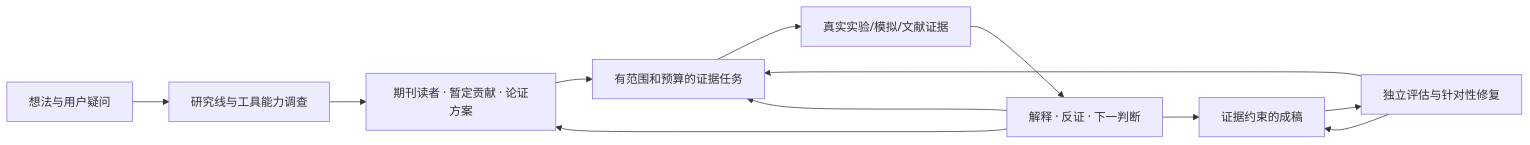
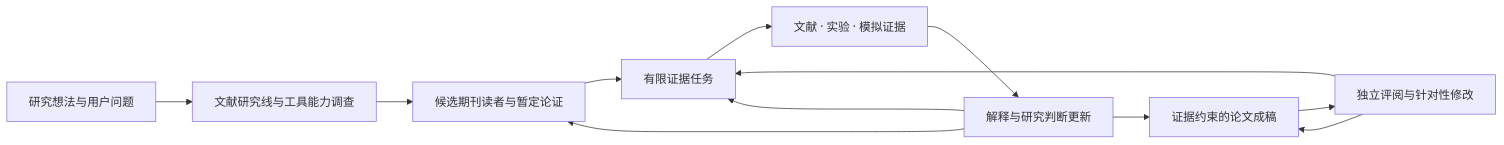
One commit to 1187124906zty-commits/research-workflow changed the diagram in README.md. Above: the diagram before and after it, drawn with Mermaid. The commit also changed other lines of this file and 9 other files, not shown here.

````diff
--- a/README.md
+++ b/README.md
@@ -66,14 +47,14 @@
 ```mermaid
 flowchart LR
- U[想法与用户疑问] --> L[研究线与工具能力调查]
- L --> P[期刊读者 · 暂定贡献 · 论证方案]
- P --> T[有范围和预算的证据任务]
- T --> E[真实实验/模拟/文献证据]
- E --> J[解释 · 反证 · 下一判断]
- J --> W[证据约束的成稿]
- W --> R[独立评估与针对性修复]
- J --> P
- J --> T
- R --> T
- R --> W
+    Q[研究想法与用户问题] --> L[文献研究线与工具能力调查]
+    L --> P[候选期刊读者与暂定论证]
+    P --> T[有限证据任务]
+    T --> E[文献 · 实验 · 模拟证据]
+    E --> J[解释与研究判断更新]
+    J --> W[证据约束的论文成稿]
+    W --> R[独立评阅与针对性修改]
+    J --> P
+    J --> T
+    R --> T
+    R --> W
 ```
````
